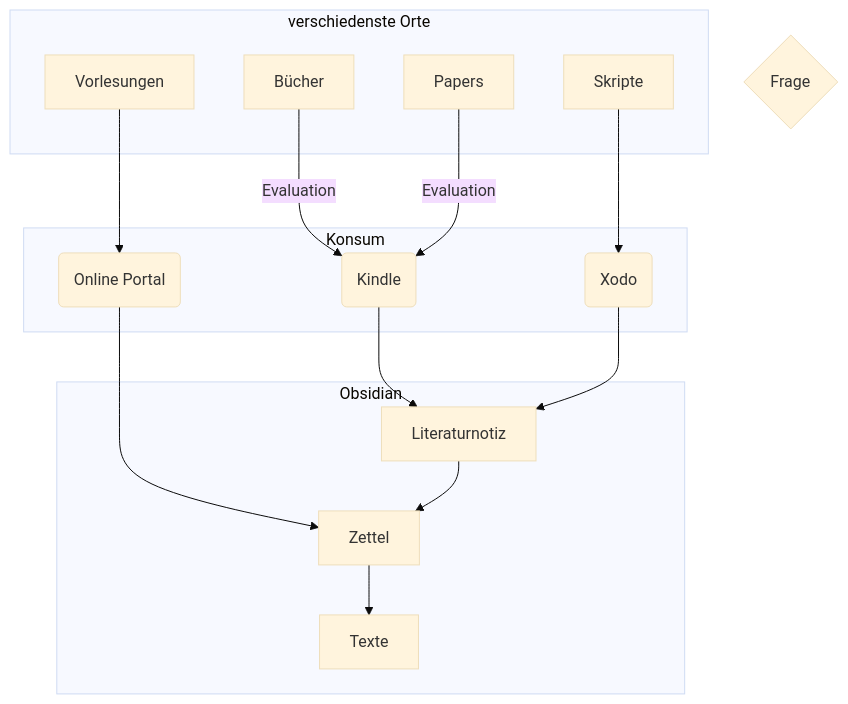
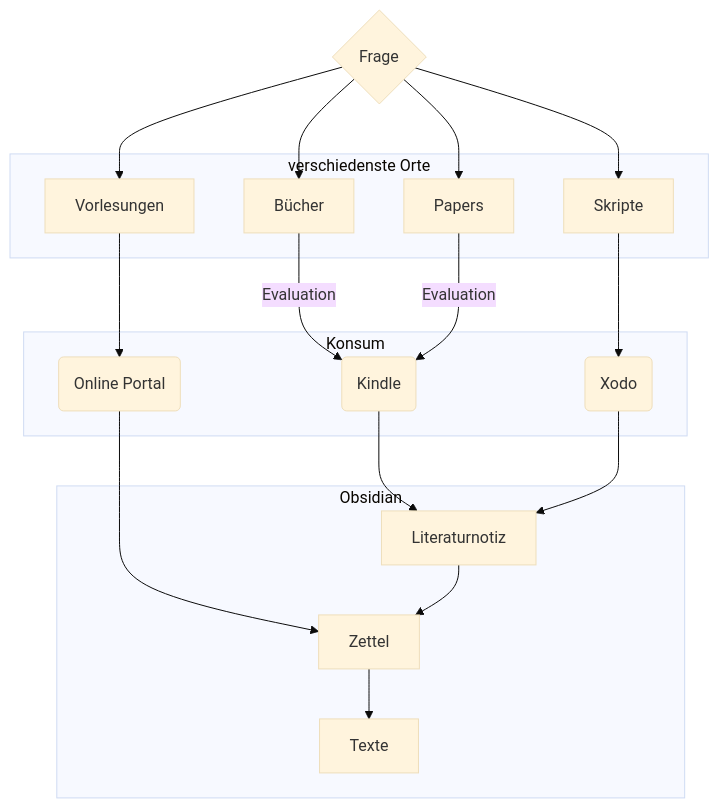
Before and after one commit to julianstoerig/zettelkasten: the diagram in System/Informationsverarbeitung.md, drawn with Mermaid (base theme). The commit also changed 1 other file, not shown here.

Commit message:
automatic version-control: 2021-01-11 23:11:37

````diff
--- a/System/Informationsverarbeitung.md
+++ b/System/Informationsverarbeitung.md
@@ -1,44 +1,46 @@
 ```mermaid
 flowchart TB;
 
 F{Frage}
 
 B[Bücher]
 S[Skripte]
 V[Vorlesungen]
 P[Papers]
 
 K(Kindle)
 X(Xodo)
 OP(Online Portal)
 
 L[Literaturnotiz]
 Z[Zettel]
 T[Texte]
+
+F --> B & P & S & V
 
 subgraph verschiedenste Orte
 	B
 	P
 	S
 	V
 end
 
 B & P -->|Evaluation| K
 S --> X
 V --> OP
 
 subgraph Konsum
 	K
 	X
 	OP
 end
 
 K --> L
 X --> L
 OP --> Z
 
 subgraph Obsidian	
 	L --> Z
 	Z --> T
 end
 ```
````
